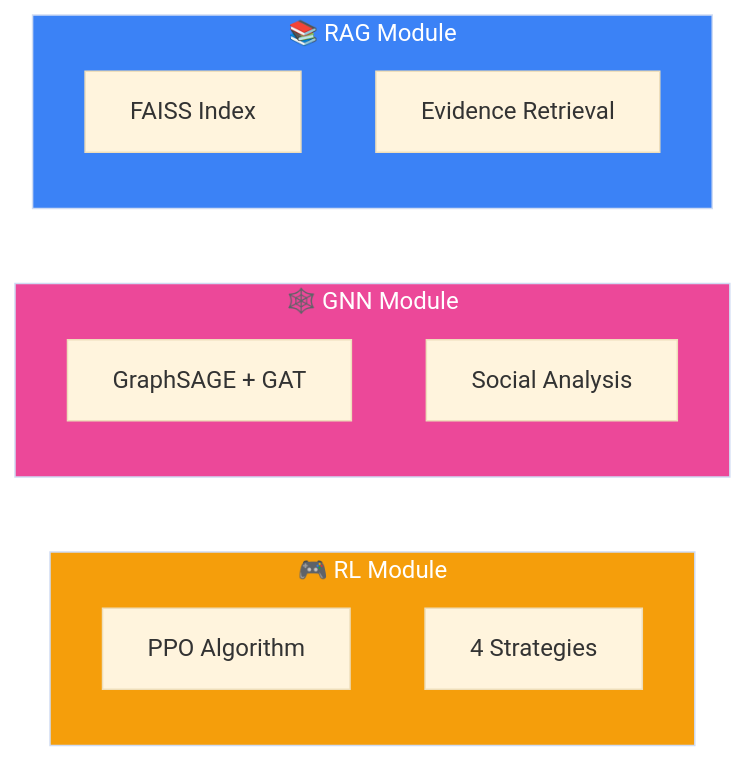
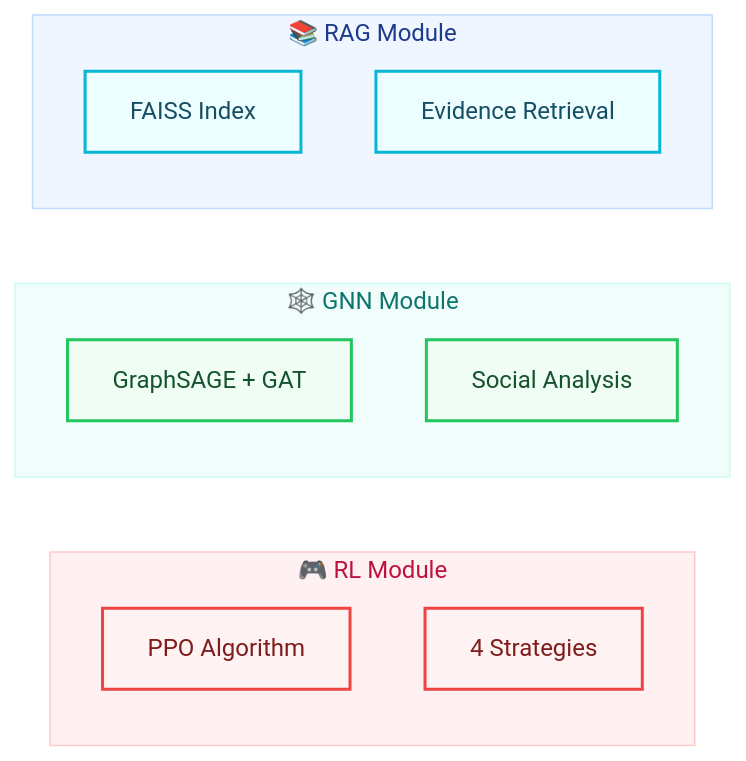
Before and after one commit to AluminumShark/Social-Debate-AI: the second of 5 diagrams in docs/architecture/OVERVIEW.md, drawn with Mermaid. The commit also changed other lines of this file and 5 other files, not shown here.

Commit message:
style(docs): apply consistent bright Mermaid theme to all documentation diagrams

````diff
--- a/docs/architecture/OVERVIEW.md
+++ b/docs/architecture/OVERVIEW.md
@@ -76,22 +82,27 @@
 ```mermaid
-%%{init: {'theme': 'base'}}%%
+%%{init: {'theme': 'base', 'themeVariables': { 'primaryColor': '#4f46e5', 'primaryTextColor': '#fff', 'primaryBorderColor': '#4338ca', 'lineColor': '#6366f1', 'secondaryColor': '#10b981', 'tertiaryColor': '#f59e0b'}}}%%
 flowchart LR
+    %% Styles
+    classDef rl fill:#fef2f2,stroke:#ef4444,stroke-width:2px,color:#7f1d1d;
+    classDef gnn fill:#f0fdf4,stroke:#22c55e,stroke-width:2px,color:#14532d;
+    classDef rag fill:#ecfeff,stroke:#06b6d4,stroke-width:2px,color:#164e63;
+
     subgraph RL["🎮 RL Module"]
-        R1["PPO Algorithm"]
-        R2["4 Strategies"]
+        R1["PPO Algorithm"]:::rl
+        R2["4 Strategies"]:::rl
     end
 
     subgraph GNN["🕸️ GNN Module"]
-        G1["GraphSAGE + GAT"]
-        G2["Social Analysis"]
+        G1["GraphSAGE + GAT"]:::gnn
+        G2["Social Analysis"]:::gnn
     end
 
     subgraph RAG["📚 RAG Module"]
-        A1["FAISS Index"]
-        A2["Evidence Retrieval"]
+        A1["FAISS Index"]:::rag
+        A2["Evidence Retrieval"]:::rag
     end
-
-    style RL fill:#f59e0b,color:#fff
-    style GNN fill:#ec4899,color:#fff
-    style RAG fill:#3b82f6,color:#fff
+    
+    style RL fill:#fff1f2,stroke:#fecaca,color:#be123c
+    style GNN fill:#f0fdfa,stroke:#ccfbf1,color:#0f766e
+    style RAG fill:#eff6ff,stroke:#bfdbfe,color:#1e3a8a
 ```
````
